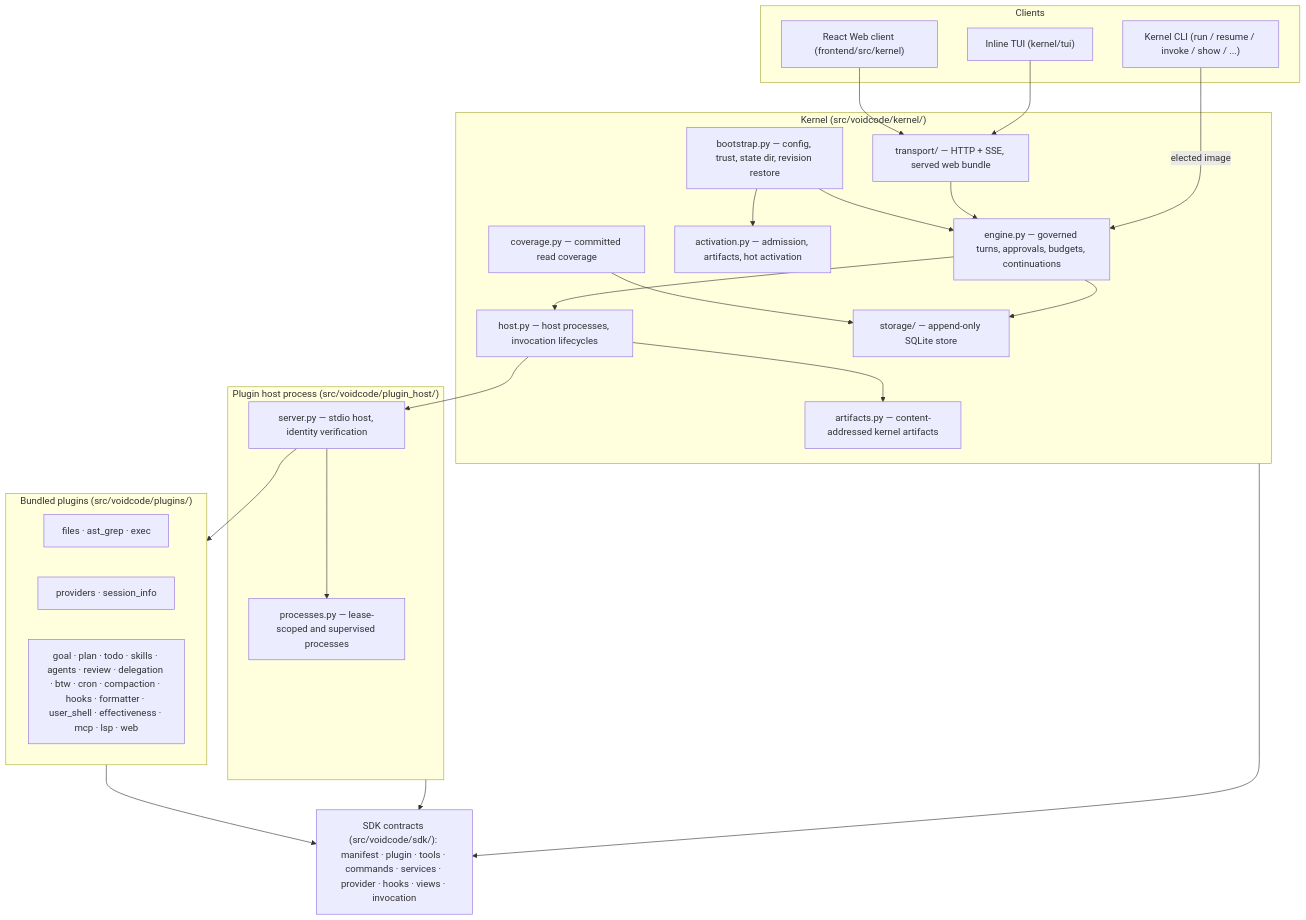
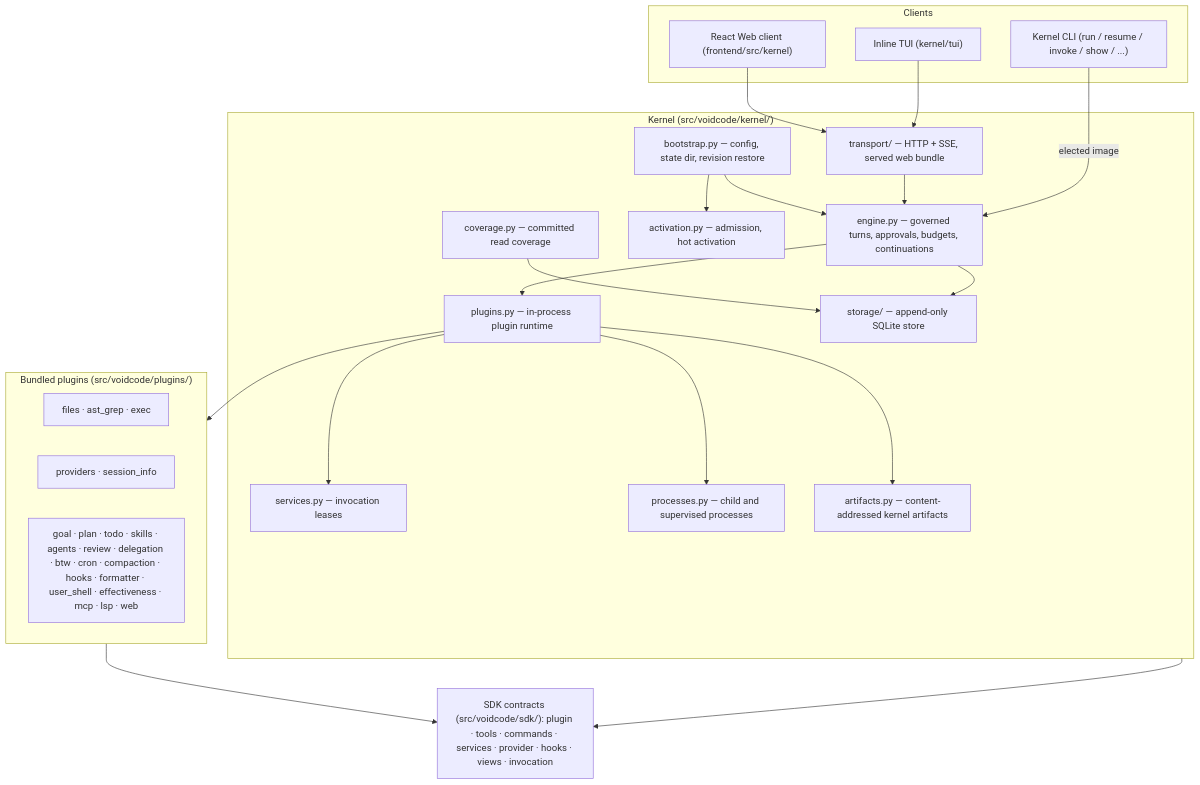
The diagram in docs/architecture.md (lei-jia-xing/voidcode), drawn with Mermaid before and after one commit. The commit also changed other lines of this file and 199 other files, not shown here.

Commit message:
refactor!: run plugins in process without trust machinery

````diff
--- a/docs/architecture.md
+++ b/docs/architecture.md
@@ -24,49 +24,45 @@
 ```mermaid
 graph TD
     subgraph Clients["Clients"]
         CLI["Kernel CLI (run / resume / invoke / show / ...)"]
         TUI["Inline TUI (kernel/tui)"]
         Web["React Web client (frontend/src/kernel)"]
     end
 
     subgraph Kernel["Kernel (src/voidcode/kernel/)"]
         Engine["engine.py — governed turns, approvals, budgets, continuations"]
-        Bootstrap["bootstrap.py — config, trust, state dir, revision restore"]
-        Activation["activation.py — admission, artifacts, hot activation"]
-        HostClient["host.py — host processes, invocation lifecycles"]
+        Bootstrap["bootstrap.py — config, state dir, revision restore"]
+        Activation["activation.py — admission, hot activation"]
+        Runtime["plugins.py — in-process plugin runtime"]
+        Services["services.py — invocation leases"]
+        Processes["processes.py — child and supervised processes"]
         Storage["storage/ — append-only SQLite store"]
         Transport["transport/ — HTTP + SSE, served web bundle"]
         Artifacts["artifacts.py — content-addressed kernel artifacts"]
         Coverage["coverage.py — committed read coverage"]
-    end
-
-    subgraph HostProcess["Plugin host process (src/voidcode/plugin_host/)"]
-        Stdio["server.py — stdio host, identity verification"]
-        Processes["processes.py — lease-scoped and supervised processes"]
     end
 
     subgraph Plugins["Bundled plugins (src/voidcode/plugins/)"]
         Files["files · ast_grep · exec"]
         Model["providers · session_info"]
         Product["goal · plan · todo · skills · agents · review · delegation · btw · cron · compaction · hooks · formatter · user_shell · effectiveness · mcp · lsp · web"]
     end
 
-    SDK["SDK contracts (src/voidcode/sdk/): manifest · plugin · tools · commands · services · provider · hooks · views · invocation"]
+    SDK["SDK contracts (src/voidcode/sdk/): plugin · tools · commands · services · provider · hooks · views · invocation"]
 
     CLI -->|elected image| Engine
     TUI --> Transport
     Web --> Transport
     Transport --> Engine
-    Engine --> HostClient
+    Engine --> Runtime
     Engine --> Storage
     Bootstrap --> Activation
     Bootstrap --> Engine
     Coverage --> Storage
-    HostClient --> Stdio
-    HostClient --> Artifacts
-    Stdio --> Processes
-    Stdio --> Plugins
+    Runtime --> Services
+    Runtime --> Processes
+    Runtime --> Artifacts
+    Runtime --> Plugins
     Kernel --> SDK
-    HostProcess --> SDK
     Plugins --> SDK
 ```
````
